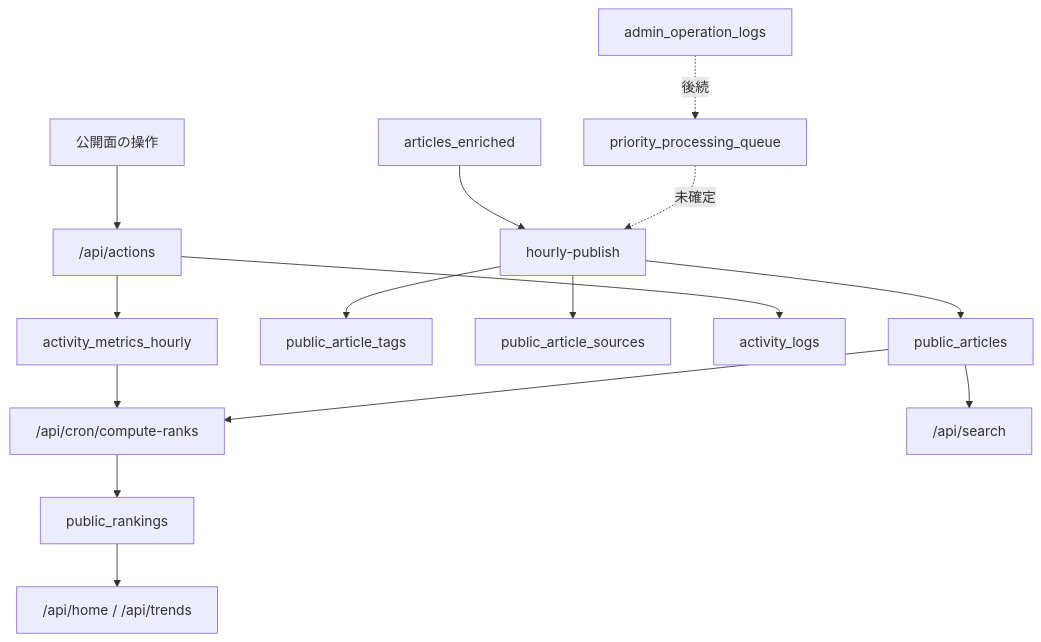
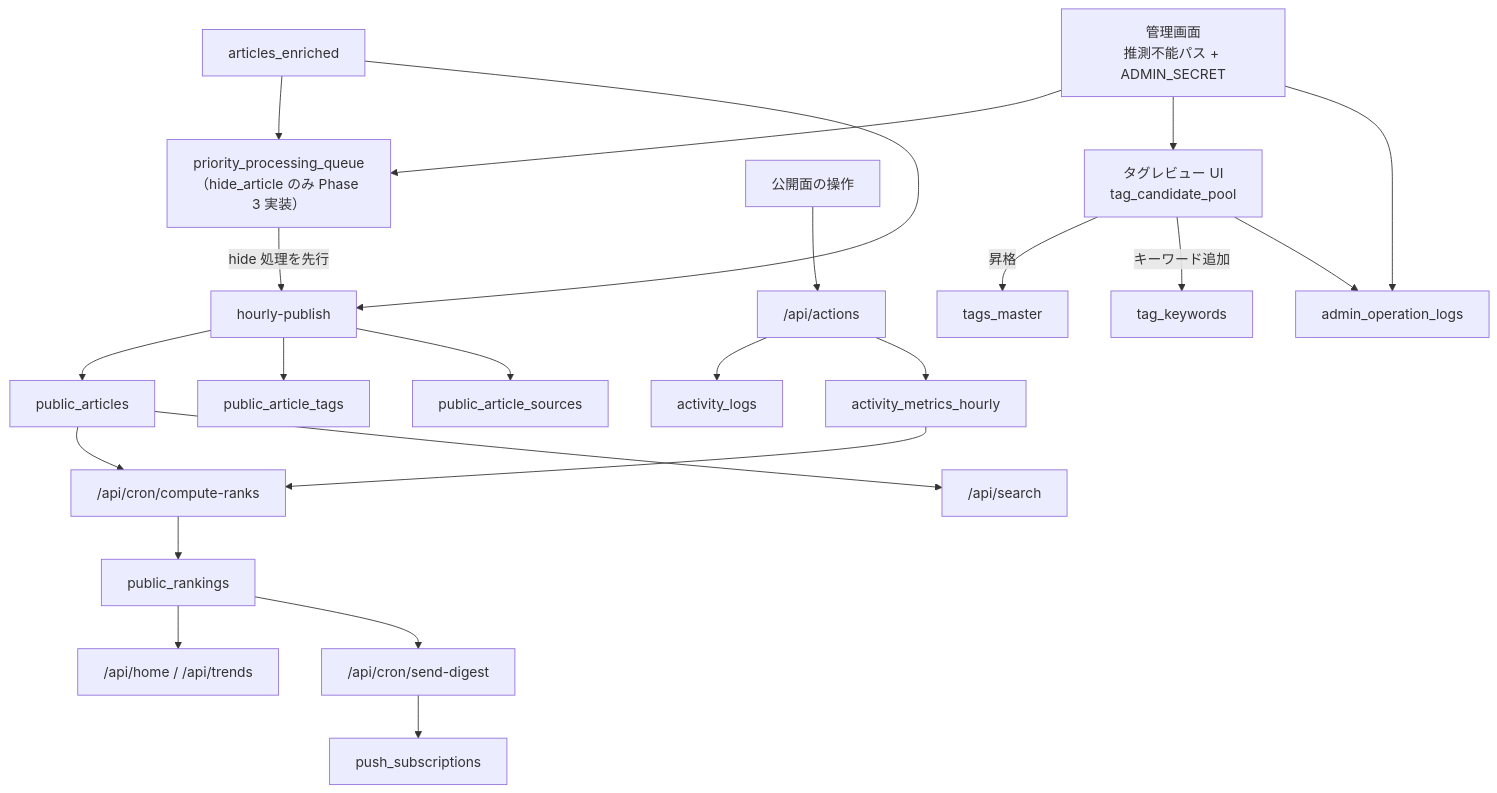
Before and after one commit to rohto4/ai-hub: the second of 2 diagrams in docs/imp/l3-l4-screen-flow.md, drawn with Mermaid. The commit also changed other lines of this file and 1 other file, not shown here.

First line of the commit message:
docs(imp): Phase 3 タスクを具体化し、l3-l4-screen-flow を現状に同期

````diff
--- a/docs/imp/l3-l4-screen-flow.md
+++ b/docs/imp/l3-l4-screen-flow.md
@@ -51,21 +68,30 @@
 ```mermaid
 flowchart TD
-    L2["articles_enriched"] --> Publish["hourly-publish"]
+    L2["articles_enriched"] --> PriorityQueue["priority_processing_queue<br/>（hide_article のみ Phase 3 実装）"]
+    PriorityQueue -->|hide 処理を先行| Publish["hourly-publish"]
+    L2 --> Publish
     Publish --> PublicArticles["public_articles"]
     Publish --> PublicTags["public_article_tags"]
     Publish --> PublicSources["public_article_sources"]
 
     UserAction["公開面の操作"] --> ActionApi["/api/actions"]
     ActionApi --> ActivityLogs["activity_logs"]
     ActionApi --> ActivityMetrics["activity_metrics_hourly"]
 
     ActivityMetrics --> RankCron["/api/cron/compute-ranks"]
     PublicArticles --> RankCron
     RankCron --> PublicRankings["public_rankings"]
 
     PublicRankings --> HomeApi["/api/home / /api/trends"]
     PublicArticles --> SearchApi["/api/search"]
 
-    PriorityQueue["priority_processing_queue"] -. 未確定 .-> Publish
-    AdminOps["admin_operation_logs"] -. 後続 .-> PriorityQueue
+    PublicRankings --> DigestCron["/api/cron/send-digest"]
+    DigestCron --> PushSubscriptions["push_subscriptions"]
+
+    AdminUI["管理画面<br/>推測不能パス + ADMIN_SECRET"] --> PriorityQueue
+    AdminUI --> TagReview["タグレビュー UI<br/>tag_candidate_pool"]
+    TagReview -->|昇格| TagsMaster["tags_master"]
+    TagReview -->|キーワード追加| TagKeywords["tag_keywords"]
+    AdminUI --> AdminOpLogs["admin_operation_logs"]
+    TagReview --> AdminOpLogs
 ```
````
